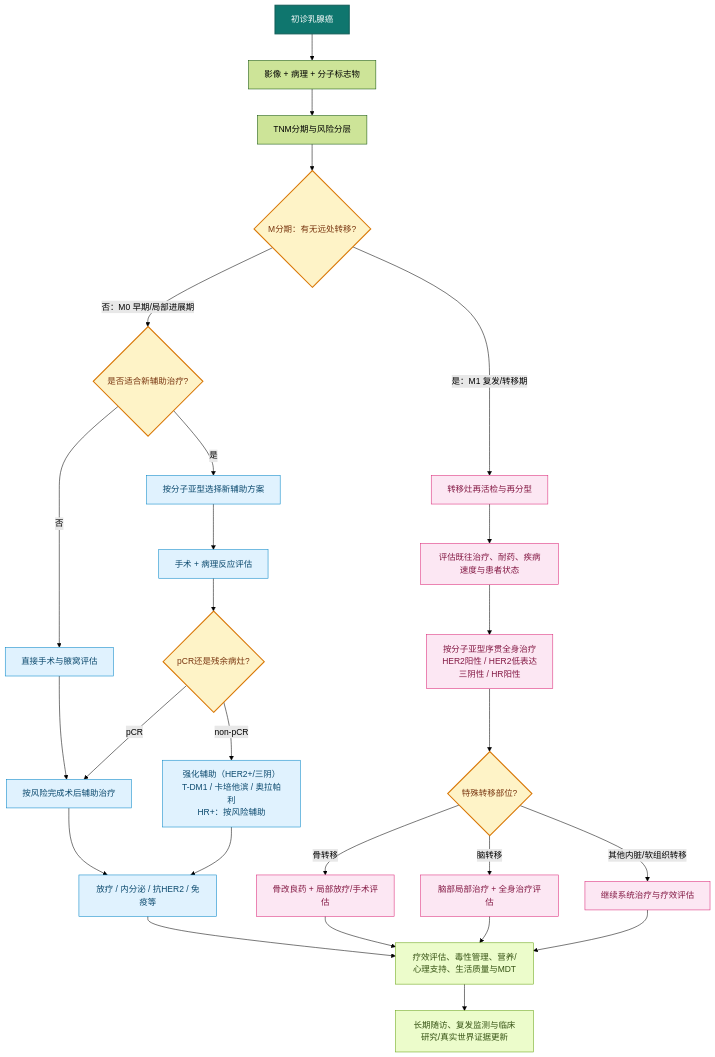
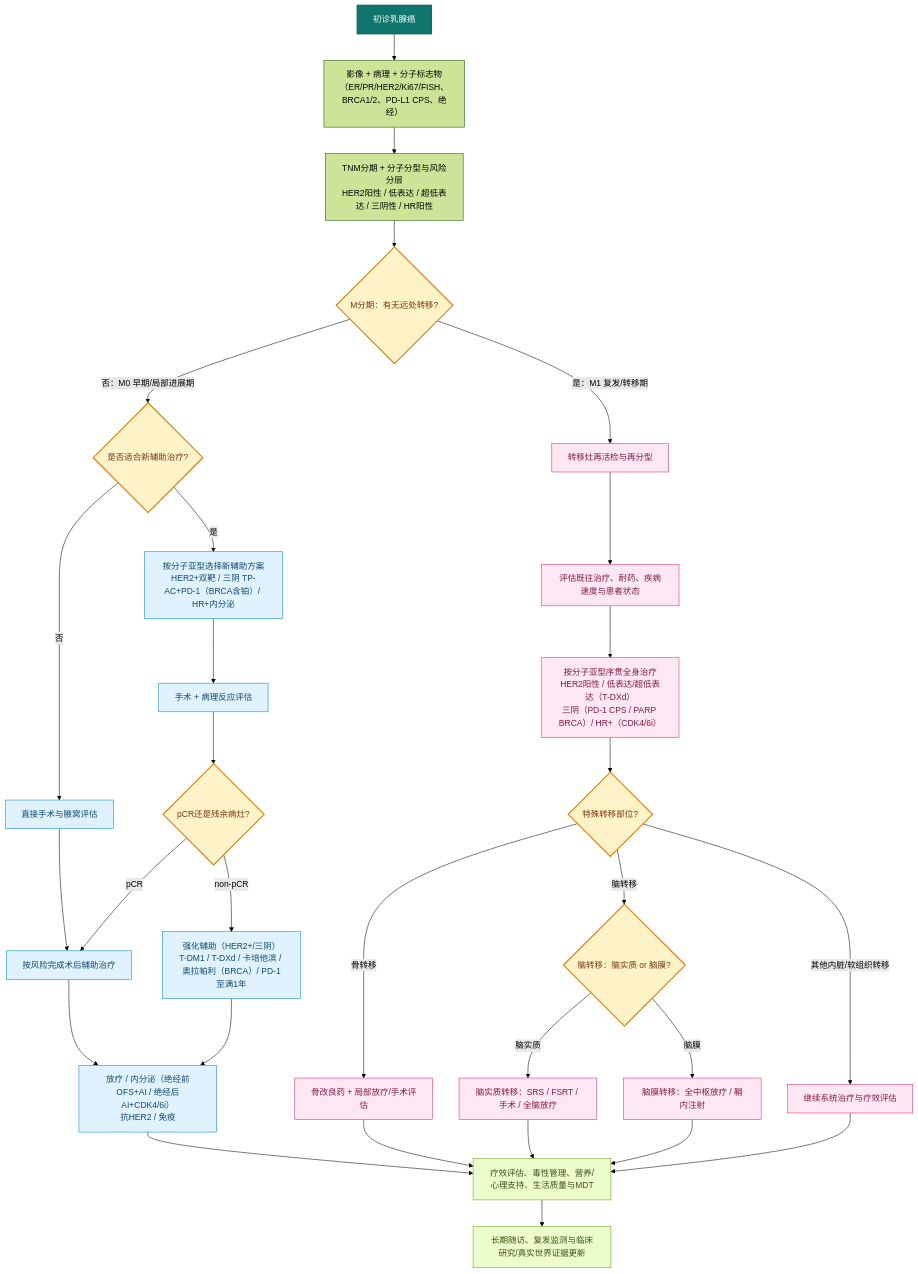
One commit to dongjb741280/breast-cancer changed the diagram in diagrams/breast-cancer-treatment-decision-chain.mmd. Above: the diagram before and after it, drawn with Mermaid (forest theme). The commit also changed 24 other files, not shown here.

```diff
--- a/diagrams/breast-cancer-treatment-decision-chain.mmd
+++ b/diagrams/breast-cancer-treatment-decision-chain.mmd
@@ -1,42 +1,45 @@
 %% 乳腺癌诊疗决策链（高层结构图）
 %% 范围：常见乳腺癌主线；未含年轻乳腺癌、男性乳腺癌及恶性叶状肿瘤（见指南第八/九/十章）
 graph TD
-    A[初诊乳腺癌] --> B[影像 + 病理 + 分子标志物]
-    B --> C[TNM分期与风险分层]
+    A[初诊乳腺癌] --> B[影像 + 病理 + 分子标志物<br/>（ER/PR/HER2/Ki67/FISH、BRCA1/2、PD-L1 CPS、绝经）]
+    B --> C[TNM分期 + 分子分型与风险分层<br/>HER2阳性 / 低表达 / 超低表达 / 三阴性 / HR阳性]
     C --> D{M分期：有无远处转移?}
 
     D -->|否：M0 早期/局部进展期| E{是否适合新辅助治疗?}
-    E -->|是| F[按分子亚型选择新辅助方案]
+    E -->|是| F[按分子亚型选择新辅助方案<br/>HER2+双靶 / 三阴 TP-AC+PD-1（BRCA含铂）/ HR+内分泌]
     E -->|否| G[直接手术与腋窝评估]
     F --> H[手术 + 病理反应评估]
     G --> J[按风险完成术后辅助治疗]
     H --> I{pCR还是残余病灶?}
     I -->|pCR| J[按风险完成术后辅助治疗]
-    I -->|non-pCR| K[强化辅助（HER2+/三阴）<br/>T-DM1 / 卡培他滨 / 奥拉帕利<br/>HR+：按风险辅助]
-    J --> L[放疗 / 内分泌 / 抗HER2 / 免疫等]
+    I -->|non-pCR| K[强化辅助（HER2+/三阴）<br/>T-DM1 / T-DXd / 卡培他滨 / 奥拉帕利（BRCA）/ PD-1至满1年]
+    J --> L[放疗 / 内分泌（绝经前OFS+AI / 绝经后AI+CDK4/6i）<br/>抗HER2 / 免疫]
     K --> L
 
     D -->|是：M1 复发/转移期| M[转移灶再活检与再分型]
     M --> N[评估既往治疗、耐药、疾病速度与患者状态]
-    N --> O[按分子亚型序贯全身治疗<br/>HER2阳性 / HER2低表达<br/>三阴性 / HR阳性]
+    N --> O[按分子亚型序贯全身治疗<br/>HER2阳性 / 低表达/超低表达（T-DXd）<br/>三阴（PD-1 CPS / PARP BRCA）/ HR+（CDK4/6i）]
     O --> P{特殊转移部位?}
     P -->|骨转移| Q[骨改良药 + 局部放疗/手术评估]
-    P -->|脑转移| R[脑部局部治疗 + 全身治疗评估]
+    P -->|脑转移| R{脑转移：脑实质 or 脑膜?}
     P -->|其他内脏/软组织转移| S[继续系统治疗与疗效评估]
+    R -->|脑实质| R1[脑实质转移：SRS / FSRT / 手术 / 全脑放疗]
+    R -->|脑膜| R2[脑膜转移：全中枢放疗 / 鞘内注射]
 
     L --> T[疗效评估、毒性管理、营养/心理支持、生活质量与MDT]
     Q --> T
-    R --> T
+    R1 --> T
+    R2 --> T
     S --> T
     T --> U[长期随访、复发监测与临床研究/真实世界证据更新]
 
     classDef start fill:#0f766e,stroke:#115e59,color:#fff,stroke-width:2px;
     classDef decision fill:#fef3c7,stroke:#d97706,color:#78350f,stroke-width:2px;
     classDef early fill:#e0f2fe,stroke:#0284c7,color:#0c4a6e;
     classDef advanced fill:#fce7f3,stroke:#db2777,color:#831843;
     classDef support fill:#ecfccb,stroke:#65a30d,color:#365314;
     class A start;
-    class D,E,I,P decision;
+    class D,E,I,P,R decision;
     class F,G,H,J,K,L early;
-    class M,N,O,Q,R,S advanced;
+    class M,N,O,Q,R1,R2,S advanced;
     class T,U support;
```
